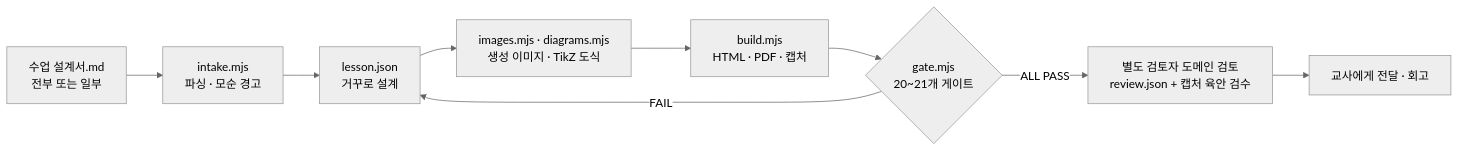
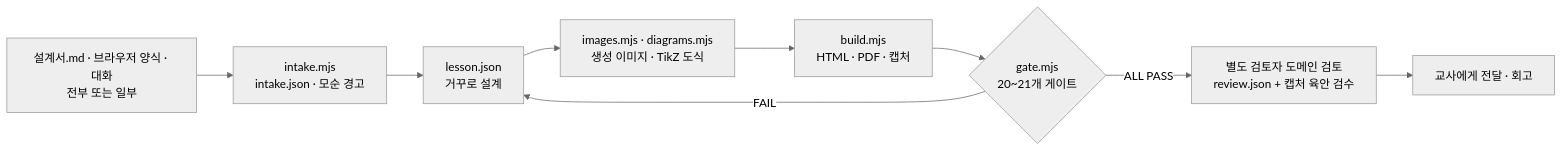
One commit to sehunYang/classforge changed the diagram in README.md. Above: the diagram before and after it, drawn with Mermaid (neutral theme). The commit also changed other lines of this file and 9 other files, not shown here.

First line of the commit message:
수업 설계서 개편: 라벨형 2판 양식 + 브라우저 양식 + 대화 입력

````diff
--- a/README.md
+++ b/README.md
@@ -55,11 +55,11 @@
 ```mermaid
 flowchart LR
-  A[수업 설계서.md<br/>전부 또는 일부] --> B[intake.mjs<br/>파싱 · 모순 경고]
+  A[설계서.md · 브라우저 양식 · 대화<br/>전부 또는 일부] --> B[intake.mjs<br/>intake.json · 모순 경고]
   B --> C[lesson.json<br/>거꾸로 설계]
   C --> D[images.mjs · diagrams.mjs<br/>생성 이미지 · TikZ 도식]
   D --> E[build.mjs<br/>HTML · PDF · 캡처]
   E --> F{gate.mjs<br/>20~21개 게이트}
   F -- FAIL --> C
   F -- ALL PASS --> G[별도 검토자 도메인 검토<br/>review.json + 캡처 육안 검수]
   G --> H[교사에게 전달 · 회고]
 ```
````
